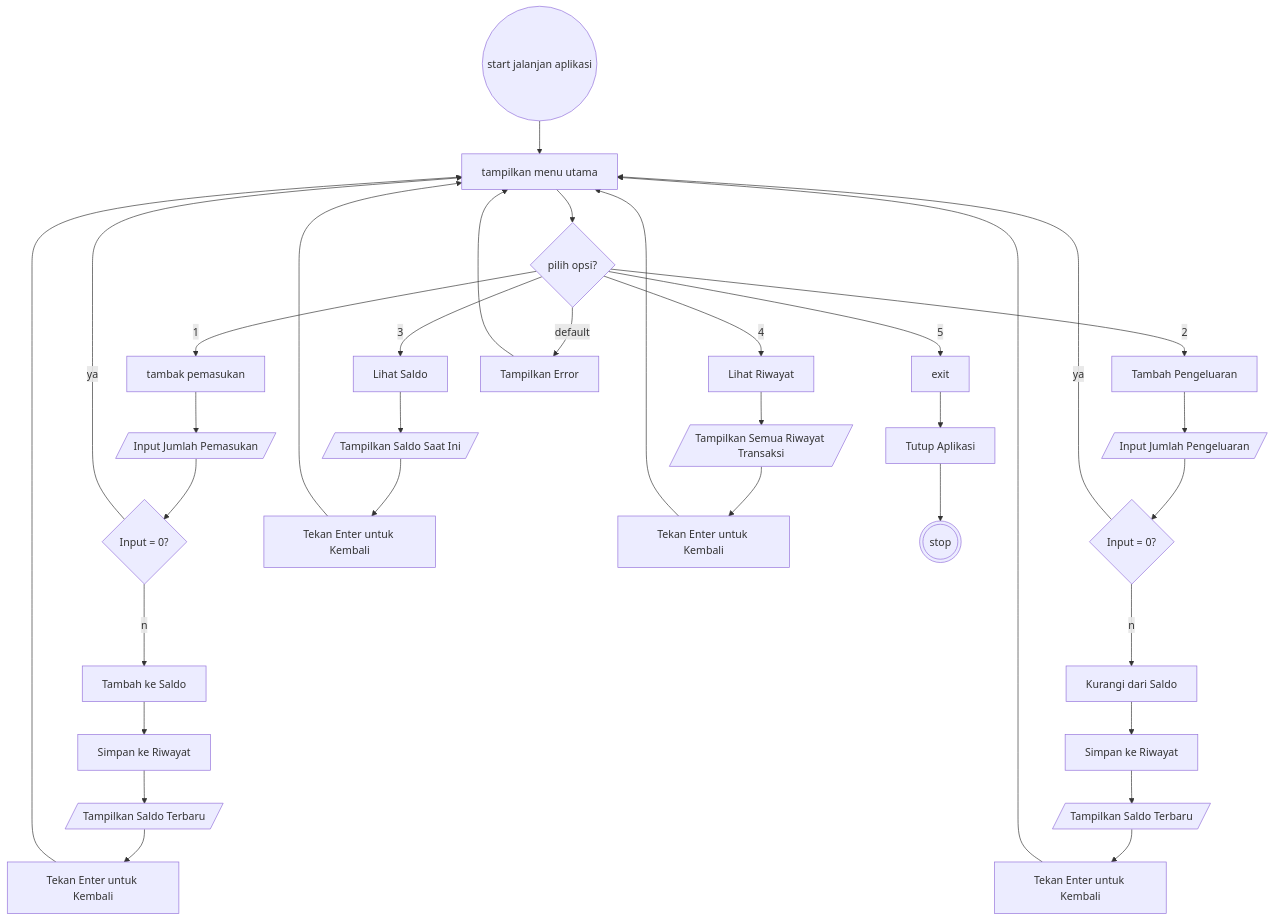
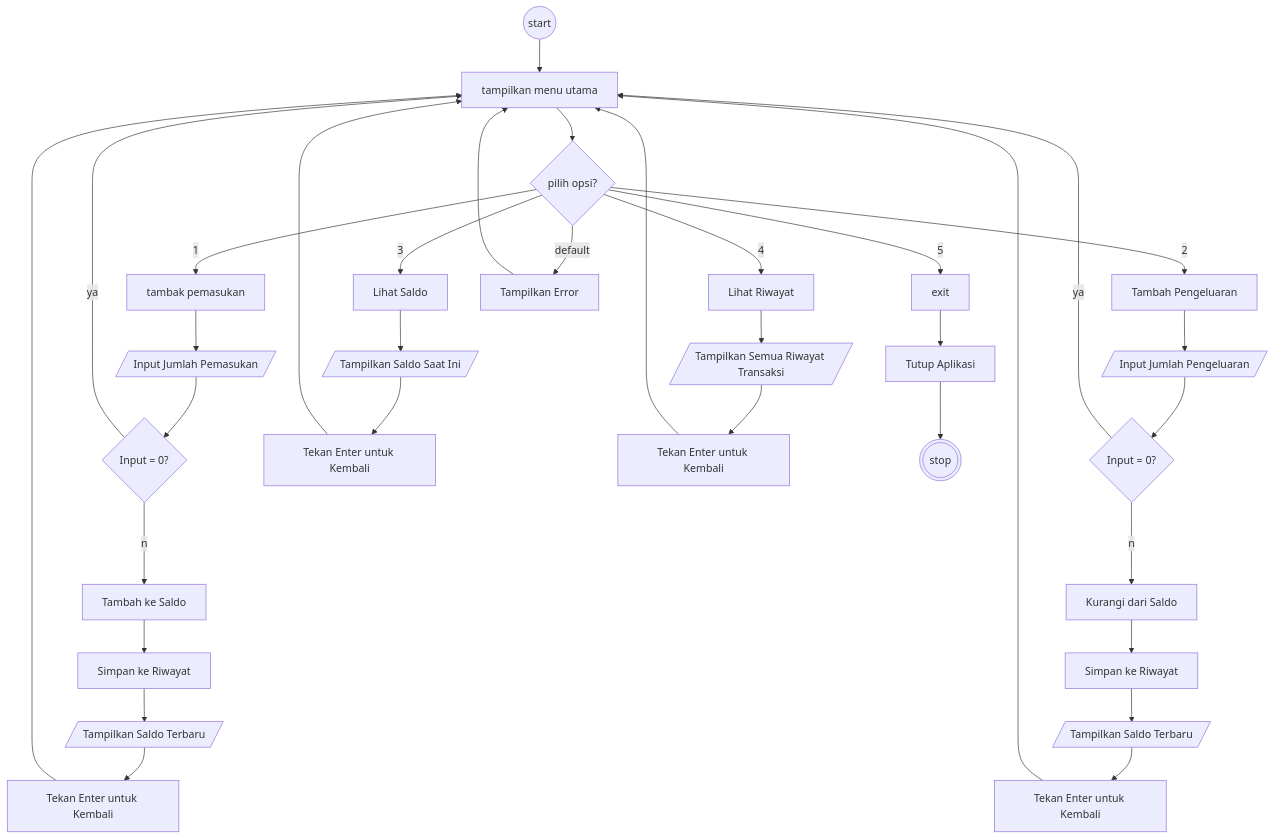
The diagram in README.MD (abdullah-fikri/koda-b4-program1), drawn with Mermaid before and after one commit.

Commit message:
update code typo text message

````diff
--- a/README.MD
+++ b/README.MD
@@ -40,44 +40,44 @@
 ```mermaid
 flowchart TD
-    A@{shape: circ, label: "start jalanjan aplikasi"} --> B@{shape: rect, label: "tampilkan menu utama"}
+    A@{shape: circ, label: "start"} --> B@{shape: rect, label: "tampilkan menu utama"}
     
     B --> C@{shape: diamond, label: "pilih opsi?"}
     
     C --1--> D@{shape: rect, label: "tambak pemasukan"}
     C --2--> E@{shape: rect, label: "Tambah Pengeluaran"}
     C --3--> F@{shape: rect, label: "Lihat Saldo"}
     C --4--> G@{shape: rect, label: "Lihat Riwayat"}
     C --5--> H@{shape: rect, label: "exit"}
     C --default-->I@{shape: rect, label: "Tampilkan Error"}
     
     D --> D1@{shape: lean-r, label: "Input Jumlah Pemasukan"}
     D1 --> D2@{shape: diamond, label: "Input = 0?"}
     D2 --ya-->B
     D2 --no-->D3@{shape: rect, label: "Tambah ke Saldo"}
     D3 --> D4@{shape: rect, label: "Simpan ke Riwayat"}
     D4 --> D5@{shape: lean-r, label: "Tampilkan Saldo Terbaru"}
     D5 --> D6@{shape: rect, label: "Tekan Enter untuk Kembali"}
     D6 --> B
     
     E --> E1@{shape: lean-r, label: "Input Jumlah Pengeluaran"}
     E1 --> E2@{shape: diamond, label: "Input = 0?"}
     E2 --ya--> B
     E2 --no-->E3@{shape: rect, label: "Kurangi dari Saldo"}
     E3 --> E4@{shape: rect, label: "Simpan ke Riwayat"}
     E4 --> E5@{shape: lean-r, label: "Tampilkan Saldo Terbaru"}
     E5 --> E6@{shape rect, label: "Tekan Enter untuk Kembali"}
     E6 --> B
     
     F --> F1@{shape: lean-r, label: "Tampilkan Saldo Saat Ini"}
     F1 --> F2@{shape: rect, label: "Tekan Enter untuk Kembali"}
     F2 --> B
     
     G --> G1@{shape: lean-r, label: "Tampilkan Semua Riwayat Transaksi"}
     G1 --> G2@{shape: rect, label: "Tekan Enter untuk Kembali"}
     G2 --> B
     
     H --> J@{shape: rect, label: "Tutup Aplikasi"}
     J --> K@{shape: dbl-circ, label: "stop"}
     
     I --> B
  ```
````
